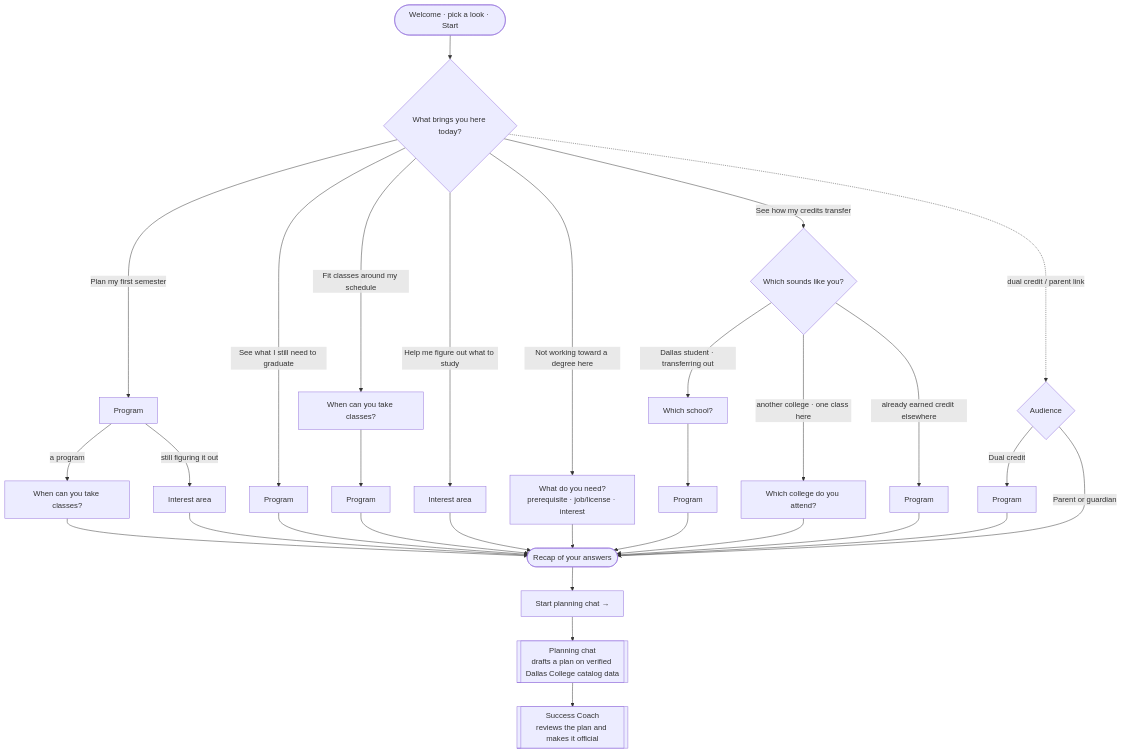
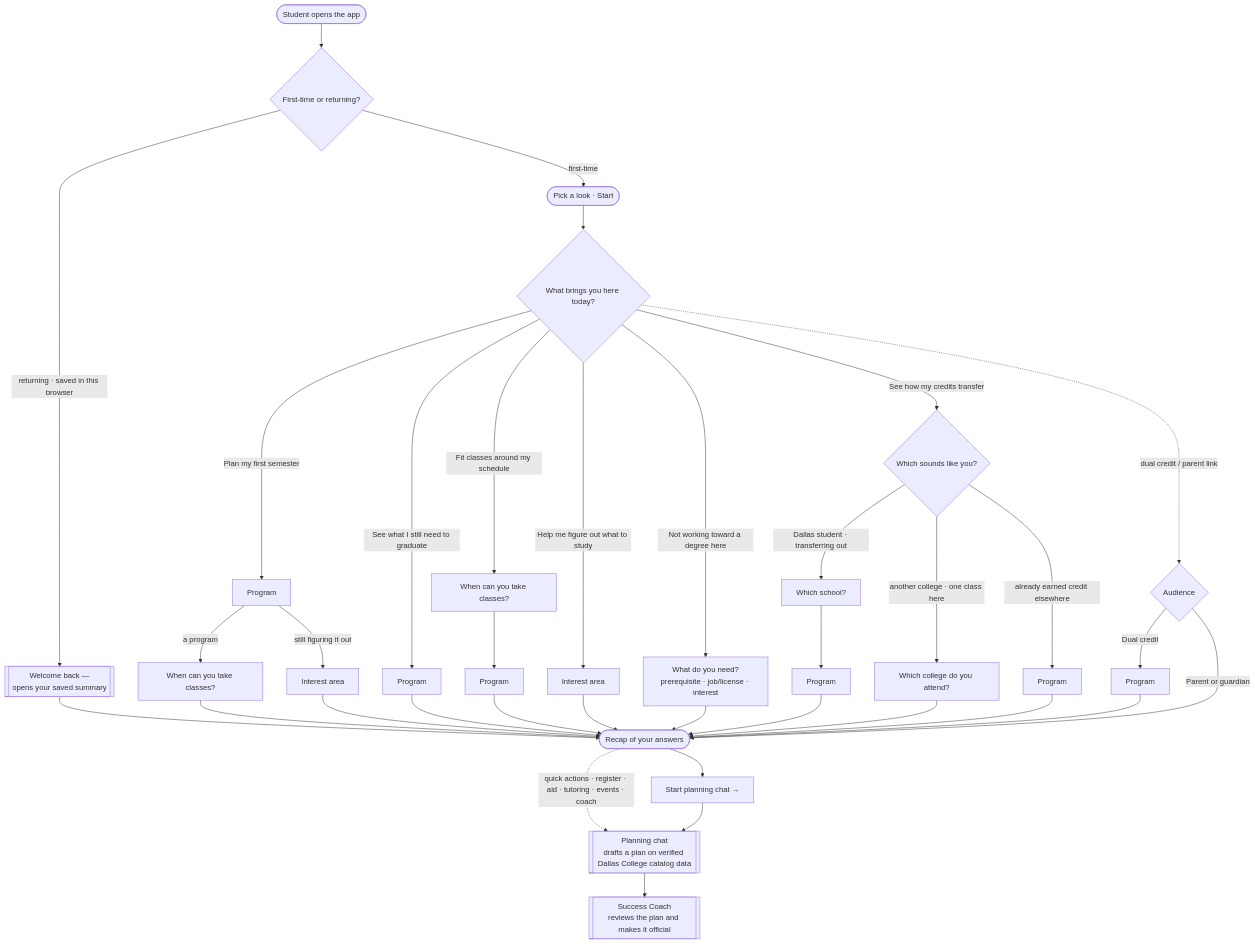
Before and after one commit to Dallas-College-AI-Club/success-coach-chatbot: the diagram in docs/LANDING_ONBOARDING_UIUX.md, drawn with Mermaid. The commit also changed other lines of this file and 8 other files, not shown here.

````diff
--- a/docs/LANDING_ONBOARDING_UIUX.md
+++ b/docs/LANDING_ONBOARDING_UIUX.md
@@ -73,30 +74,33 @@
 ```mermaid
 flowchart TD
-    W([Welcome · pick a look · Start]) --> Q{"What brings you here today?"}
+    S([Student opens the app]) --> F{First-time or returning?}
+    F -->|"returning · saved in this browser"| R[["Welcome back —<br/>opens your saved summary"]] --> E
+    F -->|first-time| W([Pick a look · Start]) --> Q{"What brings you here today?"}
 
     Q -->|Plan my first semester| A1[Program]
     Q -->|See what I still need to graduate| A2[Program]
     Q -->|See how my credits transfer| D{"Which sounds like you?"}
     Q -->|Fit classes around my schedule| SC[When can you take classes?]
     Q -->|Help me figure out what to study| IN[Interest area]
     Q -->|Not working toward a degree here| ON["What do you need?<br/>prerequisite · job/license · interest"]
     Q -. "dual credit / parent link" .-> AU{Audience}
 
     A1 -->|a program| A1s[When can you take classes?] --> E
     A1 -->|still figuring it out| A1i[Interest area] --> E
     A2 --> E
     SC --> SCp[Program] --> E
     IN --> E
     ON --> E
 
     D -->|"Dallas student · transferring out"| Do[Which school?] --> Dop[Program] --> E
     D -->|"another college · one class here"| Db[Which college do you attend?] --> E
     D -->|"already earned credit elsewhere"| Di[Program] --> E
 
     AU -->|Dual credit| AUp[Program] --> E
     AU -->|Parent or guardian| E
 
     E([Recap of your answers]) --> H["Start planning chat →"]
+    E -. "quick actions · register · aid · tutoring · events · coach" .-> C
     H --> C[["Planning chat<br/>drafts a plan on verified Dallas College catalog data"]]
     C --> V[["Success Coach<br/>reviews the plan and makes it official"]]
 ```
````
